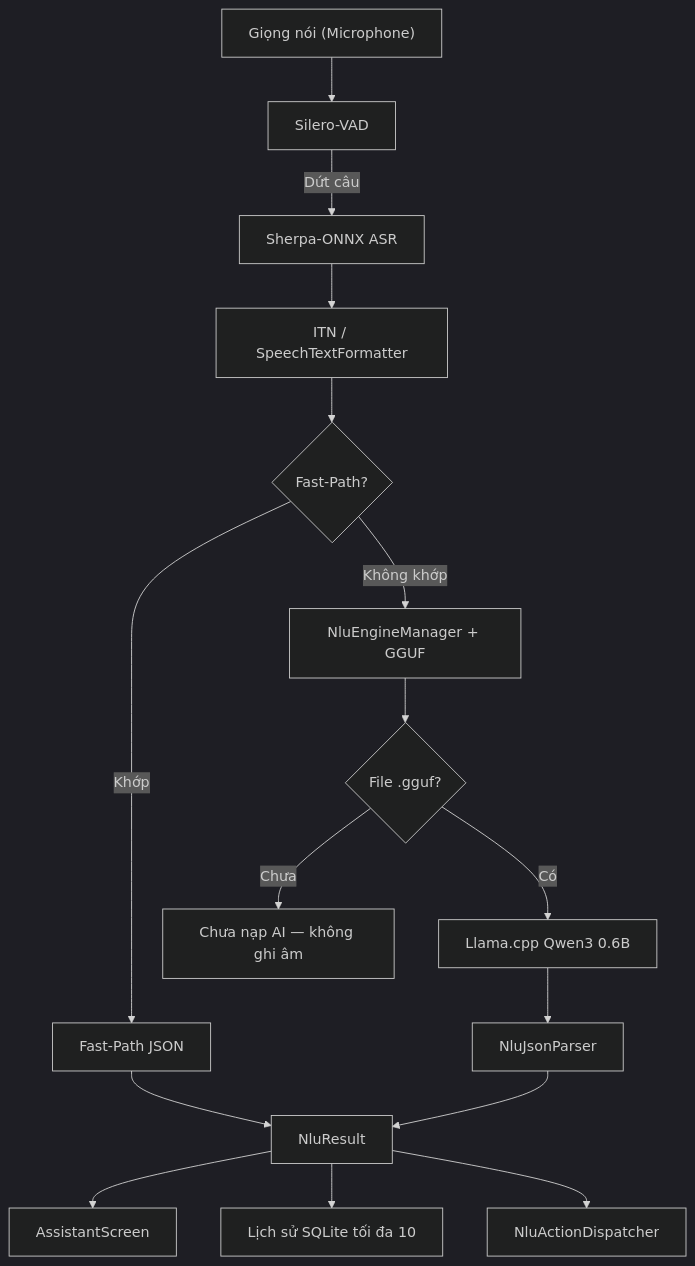
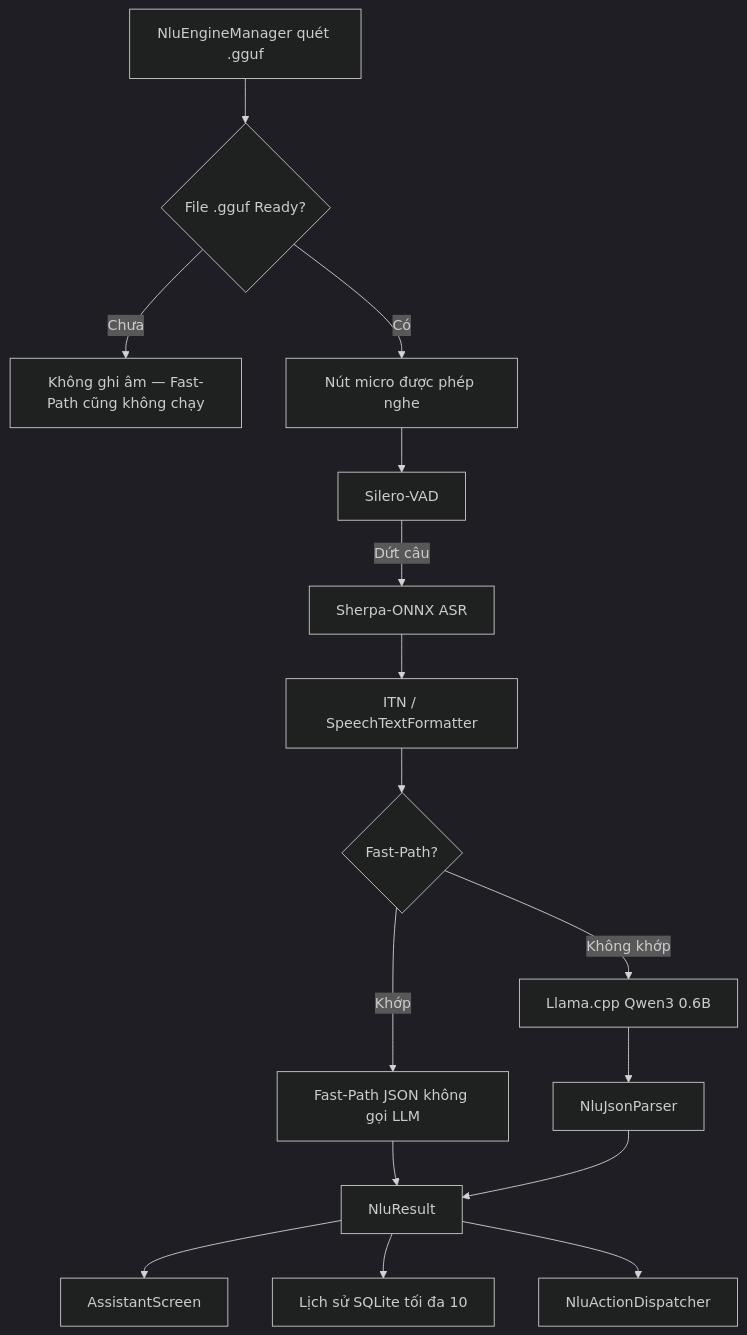
Before and after one commit to tuanhdevvn/ViDroidCall-Studio: the diagram in README.md, drawn with Mermaid (dark theme). The commit also changed other lines of this file and 1 other file, not shown here.

First line of the commit message:
docs: gate Fast-Path on GGUF ready in README and model card

````diff
--- a/README.md
+++ b/README.md
@@ -92,18 +94,18 @@
 ```mermaid
 flowchart TD
-    A["Giọng nói (Microphone)"] --> B["Silero-VAD"]
+    A["NluEngineManager quét .gguf"] --> H{"File .gguf Ready?"}
+    H -- "Chưa" --> K["Không ghi âm — Fast-Path cũng không chạy"]
+    H -- "Có" --> M0["Nút micro được phép nghe"]
+    M0 --> B["Silero-VAD"]
     B -->|"Dứt câu"| C["Sherpa-ONNX ASR"]
     C --> D["ITN / SpeechTextFormatter"]
     D --> E{"Fast-Path?"}
-    E -- "Khớp" --> F["Fast-Path JSON"]
-    E -- "Không khớp" --> G["NluEngineManager + GGUF"]
-    G --> H{"File .gguf?"}
-    H -- "Có" --> I["Llama.cpp Qwen3 0.6B"]
+    E -- "Khớp" --> F["Fast-Path JSON không gọi LLM"]
+    E -- "Không khớp" --> I["Llama.cpp Qwen3 0.6B"]
     I --> J["NluJsonParser"]
-    H -- "Chưa" --> K["Chưa nạp AI — không ghi âm"]
     F --> L["NluResult"]
     J --> L
-    L --> M["AssistantScreen"]
+    L --> UI["AssistantScreen"]
     L --> N["Lịch sử SQLite tối đa 10"]
     L --> O["NluActionDispatcher"]
 ```
````
